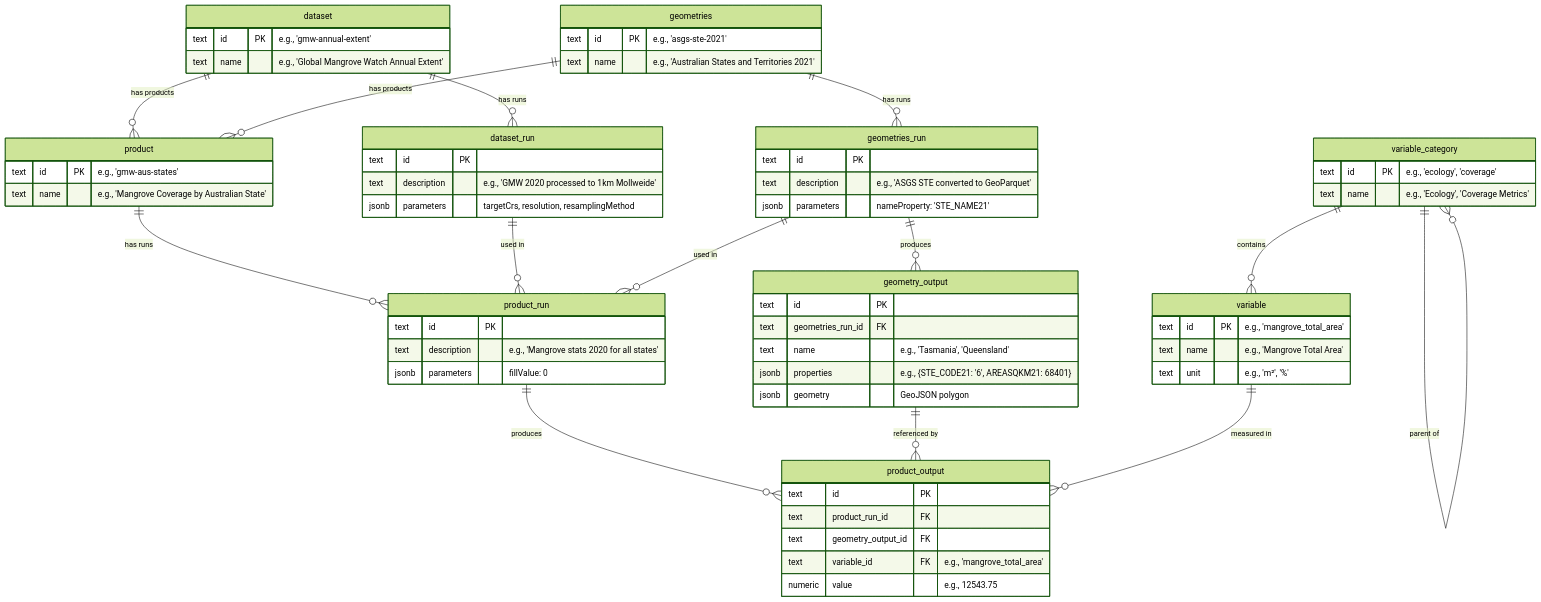
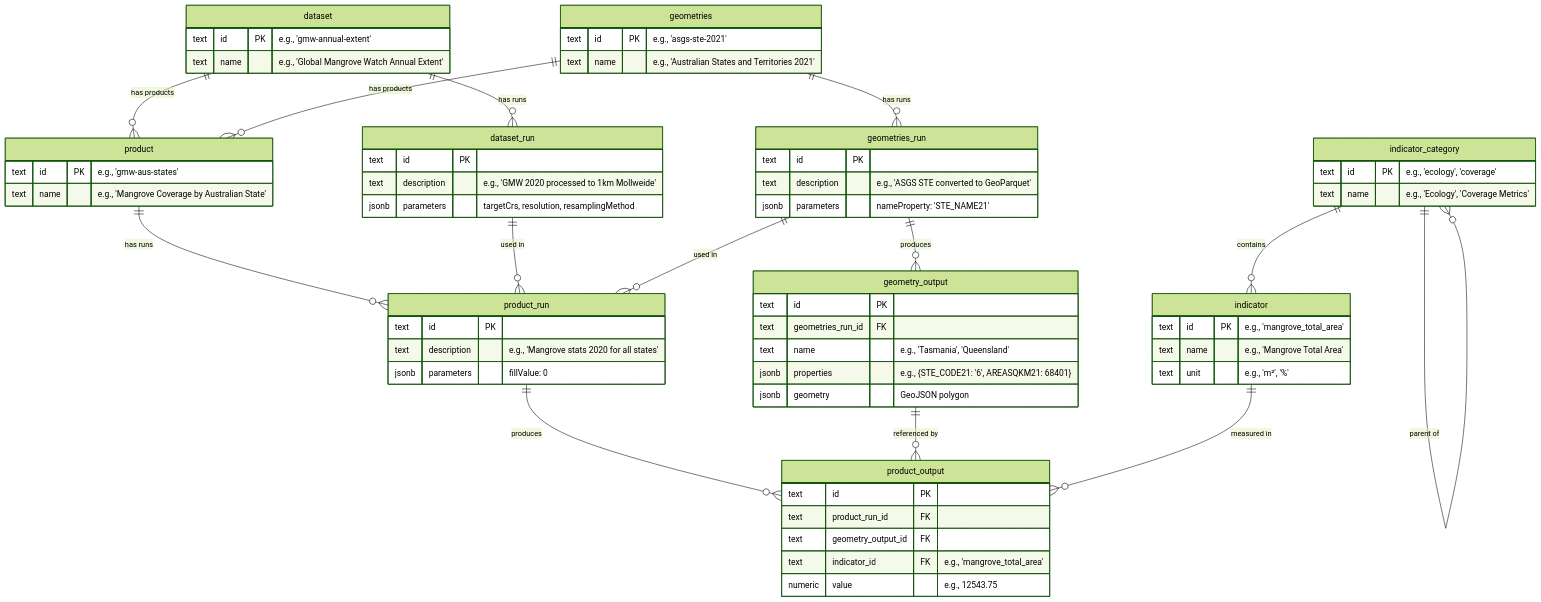
Before and after one commit to SustainableDevelopmentReform/csdr-cloud-spatial-app: the diagram in docs/MODEL.md, drawn with Mermaid (forest theme). The commit also changed other lines of this file and 48 other files, not shown here.

Commit message:
Rename variable to indicator

````diff
--- a/docs/MODEL.md
+++ b/docs/MODEL.md
@@ -49,16 +49,16 @@
         text id PK
         text product_run_id FK
         text geometry_output_id FK
-        text variable_id FK "e.g., 'mangrove_total_area'"
+        text indicator_id FK "e.g., 'mangrove_total_area'"
         numeric value "e.g., 12543.75"
     }
 
-    variable_category {
+    indicator_category {
         text id PK "e.g., 'ecology', 'coverage'"
         text name "e.g., 'Ecology', 'Coverage Metrics'"
     }
 
-    variable {
+    indicator {
         text id PK "e.g., 'mangrove_total_area'"
         text name "e.g., 'Mangrove Total Area'"
         text unit "e.g., 'm²', '%'"
@@ -80,8 +80,8 @@
     product_run ||--o{ product_output : "produces"
     geometry_output ||--o{ product_output : "referenced by"
 
-    variable_category ||--o{ variable_category : "parent of"
-    variable_category ||--o{ variable : "contains"
+    indicator_category ||--o{ indicator_category : "parent of"
+    indicator_category ||--o{ indicator : "contains"
 
-    variable ||--o{ product_output : "measured in"
+    indicator ||--o{ product_output : "measured in"
 ```
````
